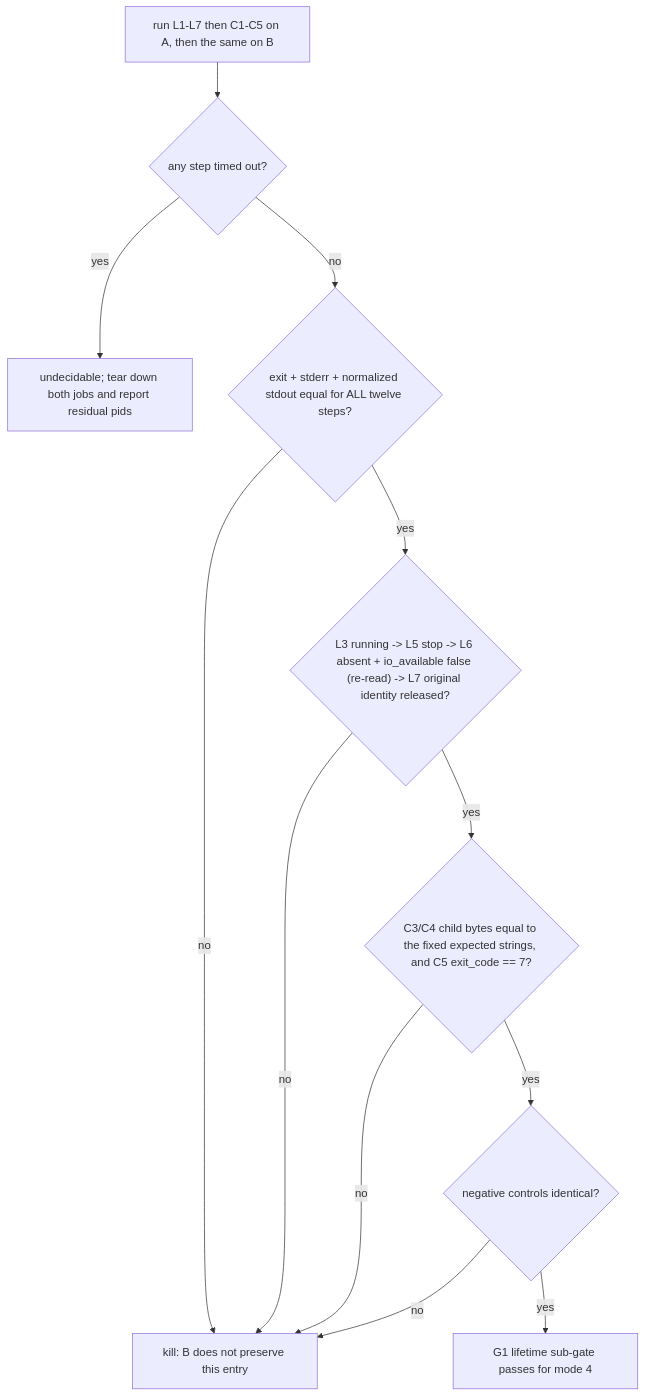
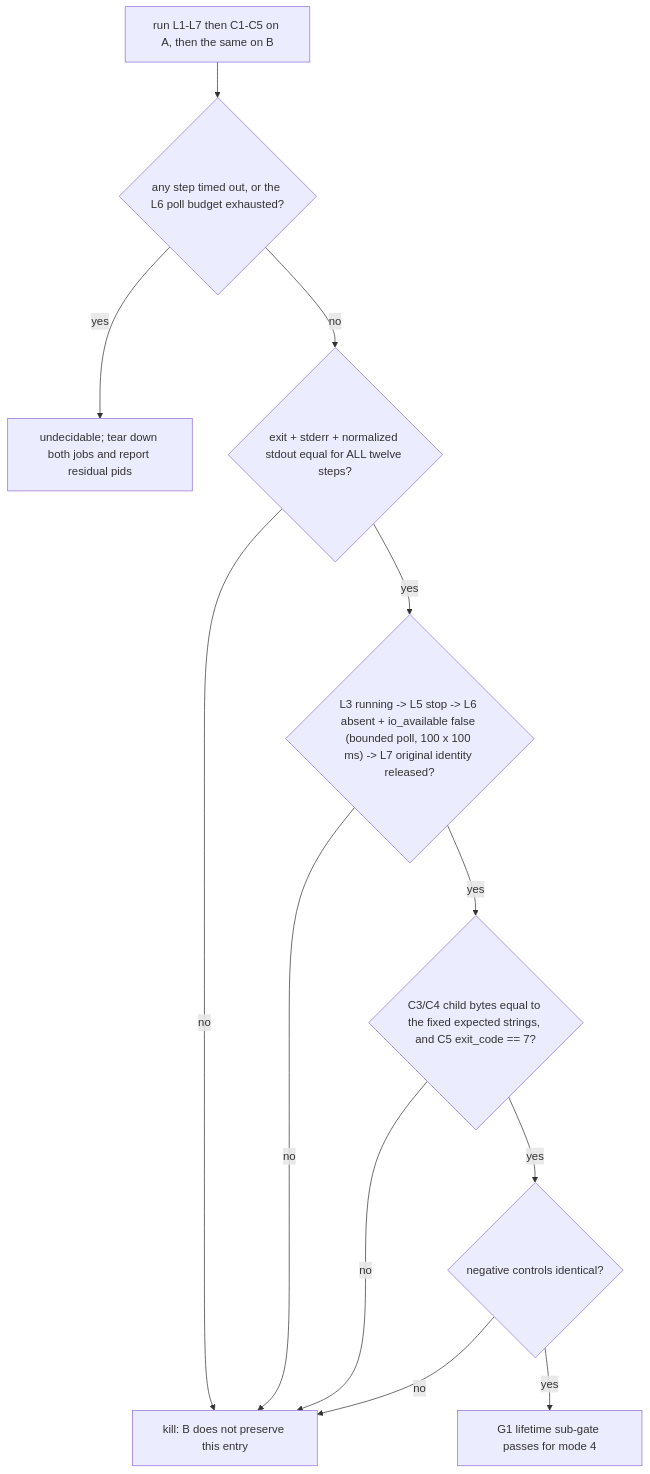
The diagram in plan/design-acu-managed-job-lifetime-parity-experiment.md (partnernetsoftware/agenterm), drawn with Mermaid before and after one commit. The commit also changed other lines of this file and 5 other files, not shown here.

````diff
--- a/plan/design-acu-managed-job-lifetime-parity-experiment.md
+++ b/plan/design-acu-managed-job-lifetime-parity-experiment.md
@@ -244,14 +337,14 @@
 ```mermaid
 flowchart TD
-  S["run L1-L7 then C1-C5 on A, then the same on B"] --> T{"any step timed out?"}
+  S["run L1-L7 then C1-C5 on A, then the same on B"] --> T{"any step timed out, or the L6 poll budget exhausted?"}
   T -->|yes| U["undecidable; tear down both jobs and report residual pids"]
   T -->|no| E{"exit + stderr + normalized stdout equal for ALL twelve steps?"}
   E -->|no| K1["kill: B does not preserve this entry"]
-  E -->|yes| L{"L3 running -> L5 stop -> L6 absent + io_available false (re-read) -> L7 original identity released?"}
+  E -->|yes| L{"L3 running -> L5 stop -> L6 absent + io_available false (bounded poll, 100 x 100 ms) -> L7 original identity released?"}
   L -->|no| K1
   L -->|yes| O{"C3/C4 child bytes equal to the fixed expected strings, and C5 exit_code == 7?"}
   O -->|no| K1
   O -->|yes| N{"negative controls identical?"}
   N -->|no| K1
   N -->|yes| P["G1 lifetime sub-gate passes for mode 4"]
 ```
````
